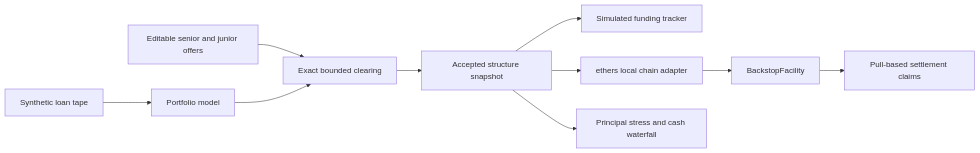
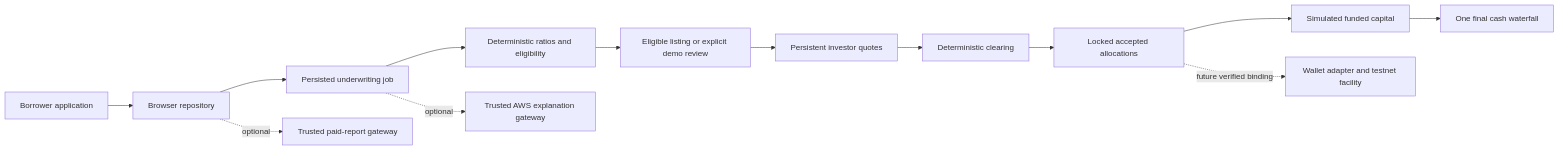
Before and after one commit to jameshorangic-collab/XRPL-Hackathon: the diagram in docs/ARCHITECTURE.md, drawn with Mermaid. The commit also changed other lines of this file and 56 other files, not shown here.

Commit message:
Refactor BACKSTOP into persistent four-page lending MVP

````diff
--- a/docs/ARCHITECTURE.md
+++ b/docs/ARCHITECTURE.md
@@ -7,12 +5,15 @@
 ```mermaid
 flowchart LR
-  Tape[Synthetic loan tape] --> Domain[Portfolio model]
-  Bids[Editable senior and junior offers] --> Solver[Exact bounded clearing]
-  Domain --> Solver
-  Solver --> Terms[Accepted structure snapshot]
-  Terms --> Browser[Simulated funding tracker]
-  Terms --> Adapter[ethers local chain adapter]
-  Adapter --> Facility[BackstopFacility]
-  Facility --> Claims[Pull-based settlement claims]
-  Terms --> Stress[Principal stress and cash waterfall]
+  Form[Borrower application] --> Repo[Browser repository]
+  Repo --> Job[Persisted underwriting job]
+  Job --> Rules[Deterministic ratios and eligibility]
+  Job -. optional .-> AWS[Trusted AWS explanation gateway]
+  Rules --> Listing[Eligible listing or explicit demo review]
+  Listing --> Bids[Persistent investor quotes]
+  Bids --> Solver[Deterministic clearing]
+  Solver --> Lock[Locked accepted allocations]
+  Lock --> Cash[Simulated funded capital]
+  Cash --> Settlement[One final cash waterfall]
+  Repo -. optional .-> AP4M[Trusted paid-report gateway]
+  Lock -. future verified binding .-> EVM[Wallet adapter and testnet facility]
 ```
````
